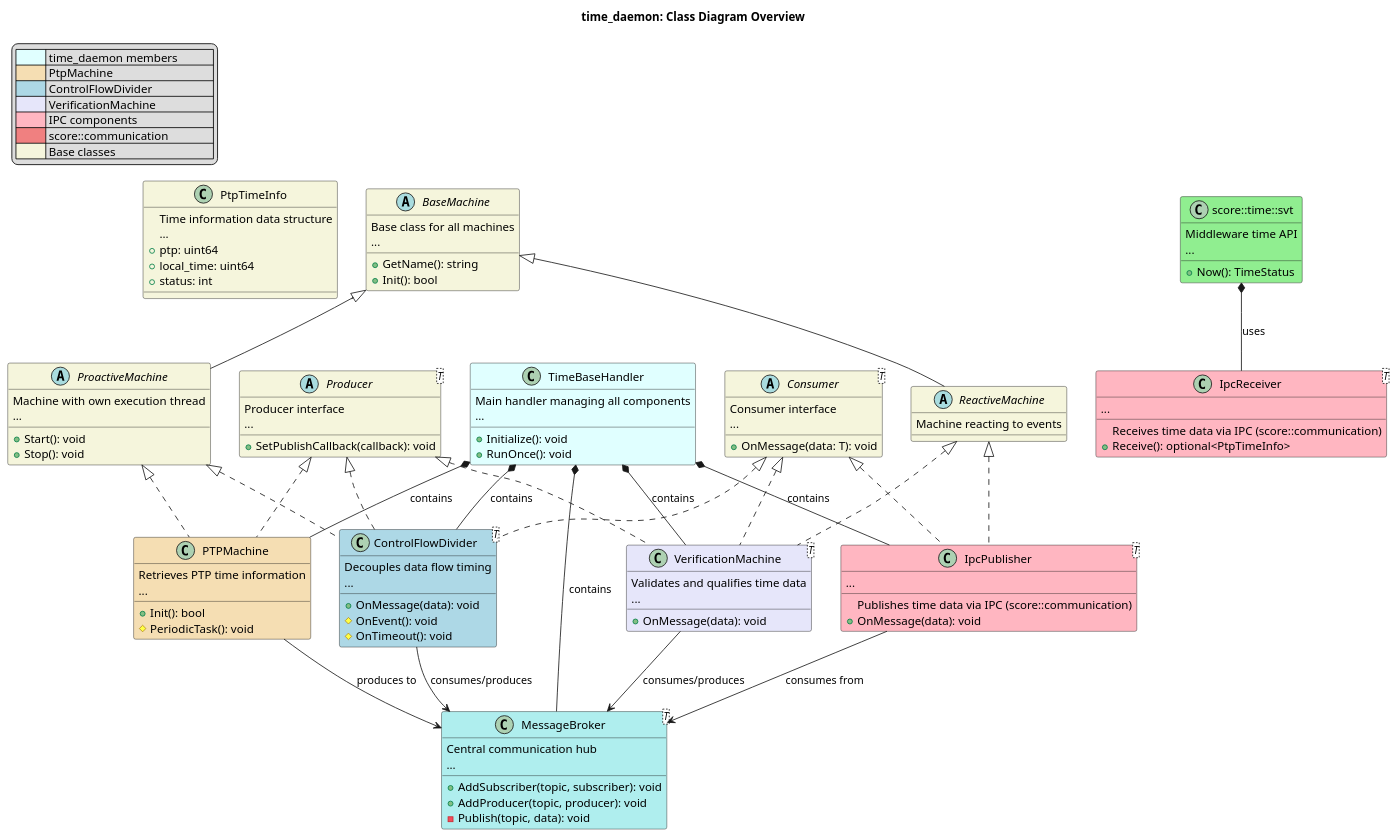
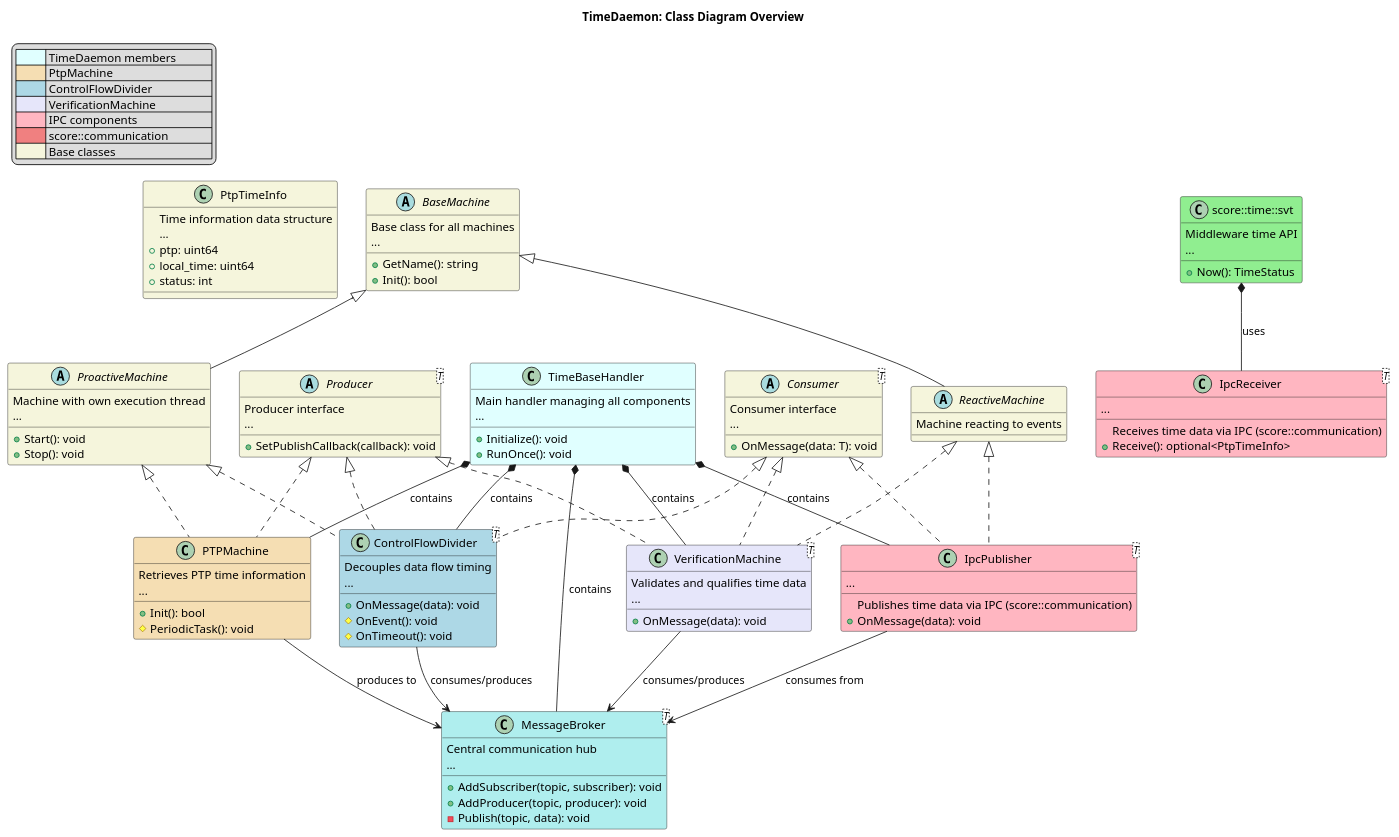
Before and after one commit to eclipse-score/time: the diagram in docs/features/time_daemon/_assets/dd_class.puml, drawn with PlantUML. The commit also changed 25 other files, not shown here.

Commit message:
docs: revert component titles to camelCase in diagrams and RST

```diff
--- a/docs/features/time_daemon/_assets/dd_class.puml
+++ b/docs/features/time_daemon/_assets/dd_class.puml
@@ -1,136 +1,136 @@
 @startuml dd_class_diagram
 
-title time_daemon: Class Diagram Overview
+title TimeDaemon: Class Diagram Overview
 
 legend top left
-    | <#LightCyan>      | time_daemon members            |
+    | <#LightCyan>      | TimeDaemon members            |
     | <#Wheat>          | PtpMachine                    |
     | <#LightBlue>      | ControlFlowDivider            |
     | <#Lavender>       | VerificationMachine           |
     | <#LightPink>      | IPC components                |
     | <#LightCoral>     | score::communication          |
     | <#Beige>          | Base classes                  |
 endlegend
 
 class "PtpTimeInfo" as time_info #Beige {
     Time information data structure
     ...
     +ptp: uint64
     +local_time: uint64
     +status: int
 }
 
 class "TimeBaseHandler" as tb_handler #LightCyan {
     Main handler managing all components
     ...
     +Initialize(): void
     +RunOnce(): void
 }
 
 class "MessageBroker<T>" as msg_broker #PaleTurquoise {
     Central communication hub
     ...
     +AddSubscriber(topic, subscriber): void
     +AddProducer(topic, producer): void
     -Publish(topic, data): void
 }
 
 abstract class "BaseMachine" as base_machine #Beige {
     Base class for all machines
     ...
     +GetName(): string
     +Init(): bool
 }
 
 abstract class "Consumer<T>" as consumer #Beige {
     Consumer interface
     ...
     +OnMessage(data: T): void
 }
 
 abstract class "Producer<T>" as producer #Beige {
     Producer interface
     ...
     +SetPublishCallback(callback): void
 }
 
 abstract class "ProactiveMachine" as proactive_machine #Beige {
     Machine with own execution thread
     ...
     +Start(): void
     +Stop(): void
 }
 
 abstract class "ReactiveMachine" as reactive_machine #Beige {
     Machine reacting to events
 }
 
 class "PTPMachine" as ptp_machine #Wheat {
     Retrieves PTP time information
     ...
     +Init(): bool
     #PeriodicTask(): void
 }
 
 class "ControlFlowDivider<T>" as control_flow_divider #LightBlue {
     Decouples data flow timing
     ...
     +OnMessage(data): void
     #OnEvent(): void
     #OnTimeout(): void
 }
 
 class "VerificationMachine<T>" as ver_machine #Lavender {
     Validates and qualifies time data
     ...
     +OnMessage(data): void
 }
 
 class "IpcPublisher<T>" as ipc_publisher #LightPink {
     Publishes time data via IPC (score::communication)
     ...
     +OnMessage(data): void
 }
 
 class "IpcReceiver<T>" as ipc_receiver #LightPink {
     Receives time data via IPC (score::communication)
     ...
     +Receive(): optional<PtpTimeInfo>
 }
 
 class "score::time::svt" as mw_svt #LightGreen {
     Middleware time API
     ...
     +Now(): TimeStatus
 }
 
 base_machine <|-- proactive_machine
 base_machine <|-- reactive_machine
 
 proactive_machine <|.. ptp_machine
 proactive_machine <|.. control_flow_divider
 reactive_machine <|.. ver_machine
 reactive_machine <|.. ipc_publisher
 
 consumer <|.. control_flow_divider
 consumer <|.. ver_machine
 consumer <|.. ipc_publisher
 
 producer <|.. ptp_machine
 producer <|.. control_flow_divider
 producer <|.. ver_machine
 
 ptp_machine --> msg_broker : produces to
 control_flow_divider --> msg_broker : consumes/produces
 ver_machine --> msg_broker : consumes/produces
 ipc_publisher --> msg_broker : consumes from
 
 mw_svt *-- ipc_receiver : uses
 
 tb_handler *-- msg_broker : contains
 tb_handler *-- ptp_machine : contains
 tb_handler *-- control_flow_divider : contains
 tb_handler *-- ver_machine : contains
 tb_handler *-- ipc_publisher : contains
 
 @enduml
```
